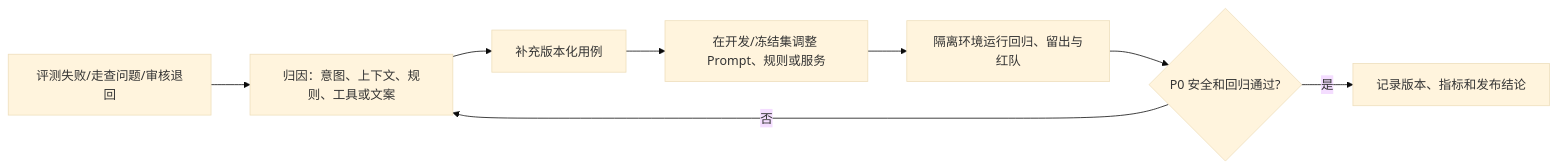
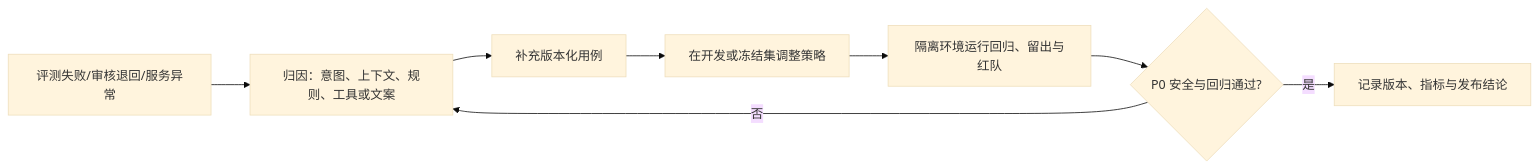
The third of 3 diagrams in docs/ShopCare_PRD.md (qrwuu/shopcare-ai-agent), drawn with Mermaid (base theme) before and after one commit. The commit also changed other lines of this file and 1 other file, not shown here.

````diff
--- a/docs/ShopCare_PRD.md
+++ b/docs/ShopCare_PRD.md
@@ -370,10 +393,10 @@
 ```mermaid
 flowchart LR
-  A[评测失败/走查问题/审核退回] --> B[归因：意图、上下文、规则、工具或文案]
+  A[评测失败/审核退回/服务异常] --> B[归因：意图、上下文、规则、工具或文案]
   B --> C[补充版本化用例]
-  C --> D[在开发/冻结集调整 Prompt、规则或服务]
+  C --> D[在开发或冻结集调整策略]
   D --> E[隔离环境运行回归、留出与红队]
-  E --> F{P0 安全和回归通过?}
-  F -->|是| G[记录版本、指标和发布结论]
+  E --> F{P0 安全与回归通过?}
+  F -->|是| G[记录版本、指标与发布结论]
   F -->|否| B
 ```
````
